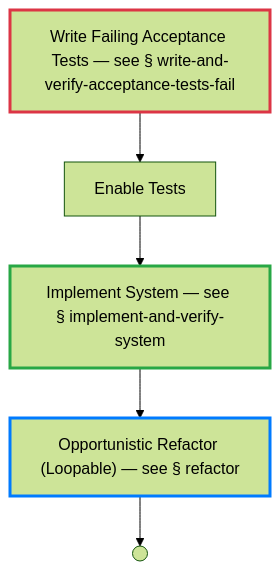
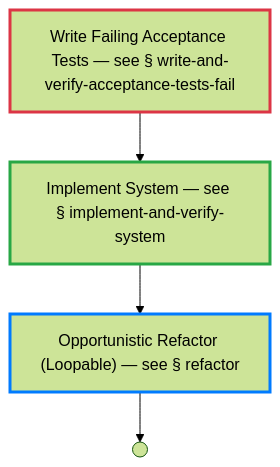
Before and after one commit to optivem/gh-optivem: the seventh of 52 diagrams in docs/process-diagram.md, drawn with Mermaid (forest theme). The commit also changed other lines of this file and 26 other files, not shown here.

Commit message:
atdd: regenerate process-flow diagram

````diff
--- a/docs/process-diagram.md
+++ b/docs/process-diagram.md
@@ -167,22 +167,20 @@
 ```mermaid
 flowchart TD
     CHANGE_SYSTEM_BEHAVIOR_END(( ))
-    ENABLE_TESTS[Enable Tests]
     IMPLEMENT_AND_VERIFY_SYSTEM[Implement System — see § implement-and-verify-system]
     REFACTOR_OPPORTUNISTICALLY["Opportunistic Refactor (Loopable) — see § refactor"]
     WRITE_AND_VERIFY_ACCEPTANCE_TESTS_FAIL[Write Failing Acceptance Tests — see § write-and-verify-acceptance-tests-fail]
 
-    WRITE_AND_VERIFY_ACCEPTANCE_TESTS_FAIL --> ENABLE_TESTS
-    ENABLE_TESTS --> IMPLEMENT_AND_VERIFY_SYSTEM
+    WRITE_AND_VERIFY_ACCEPTANCE_TESTS_FAIL --> IMPLEMENT_AND_VERIFY_SYSTEM
     IMPLEMENT_AND_VERIFY_SYSTEM --> REFACTOR_OPPORTUNISTICALLY
     REFACTOR_OPPORTUNISTICALLY --> CHANGE_SYSTEM_BEHAVIOR_END
 
     classDef tddRedNode stroke:#dc3545,stroke-width:3px
     class WRITE_AND_VERIFY_ACCEPTANCE_TESTS_FAIL tddRedNode
 
     classDef tddGreenNode stroke:#28a745,stroke-width:3px
     class IMPLEMENT_AND_VERIFY_SYSTEM tddGreenNode
 
     classDef tddRefactorNode stroke:#007bff,stroke-width:3px
     class REFACTOR_OPPORTUNISTICALLY tddRefactorNode
 ```
````
